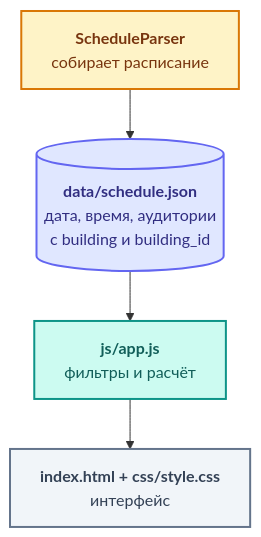
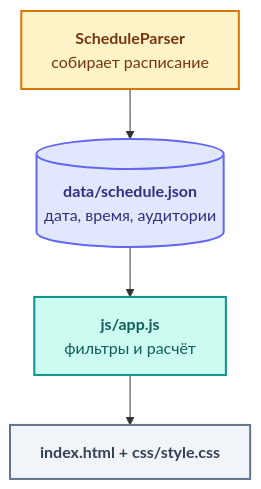
Before and after one commit to Digital-SGN/FreeAuditoriums: the diagram in README.md, drawn with Mermaid. The commit also changed other lines of this file, not shown here.

````diff
--- a/README.md
+++ b/README.md
@@ -123,21 +96,21 @@
 ```mermaid
 flowchart TD
     Parser["<b>ScheduleParser</b><br/>собирает расписание"]
-    Data[("<b>data/schedule.json</b><br/>дата, время, аудитории<br/>с building и building_id")]
+    Data[("<b>data/schedule.json</b><br/>дата, время, аудитории")]
     App["<b>js/app.js</b><br/>фильтры и расчёт"]
-    UI["<b>index.html + css/style.css</b><br/>интерфейс"]
+    UI["<b>index.html + css/style.css</b>"]
 
     Parser --> Data
     Data --> App
     App --> UI
 
     classDef parser fill:#fef3c7,stroke:#d97706,stroke-width:2px,color:#78350f;
     classDef data fill:#e0e7ff,stroke:#6366f1,stroke-width:2px,color:#312e81;
     classDef app fill:#ccfbf1,stroke:#0d9488,stroke-width:2px,color:#115e59;
     classDef ui fill:#f1f5f9,stroke:#64748b,stroke-width:2px,color:#334155;
 
     class Parser parser;
     class Data data;
     class App app;
     class UI ui;
 ```
````
